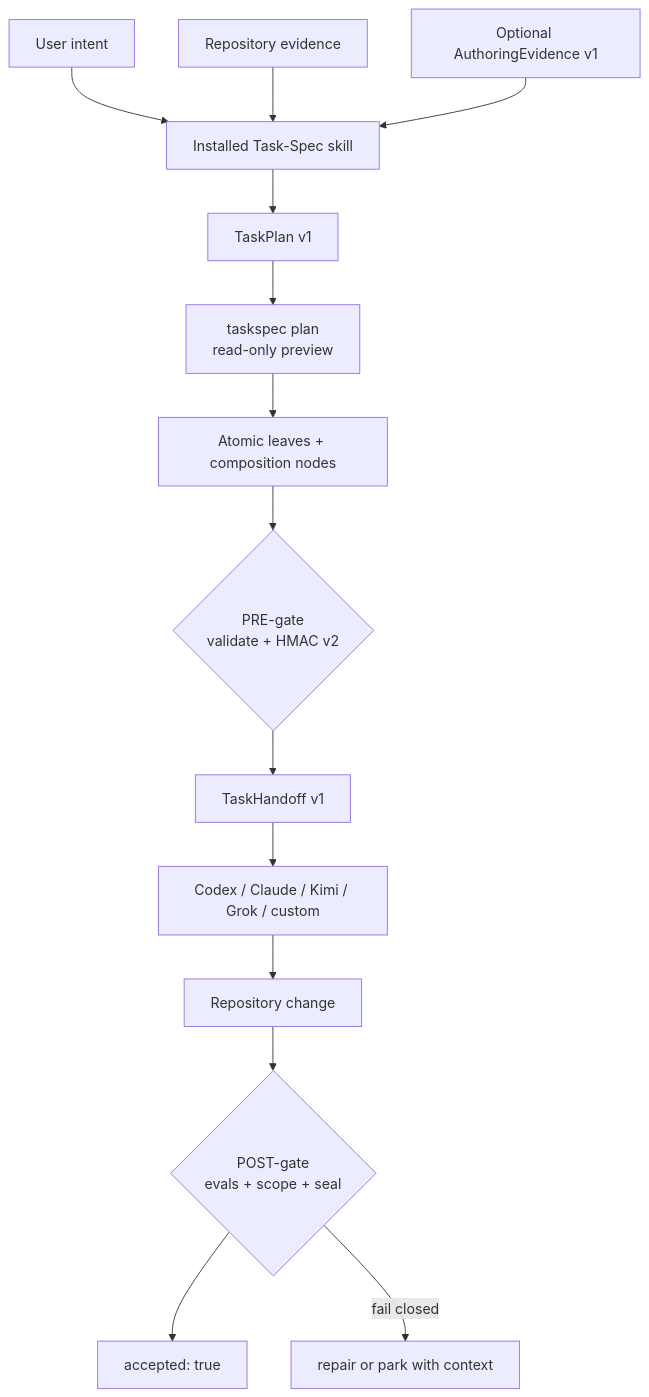
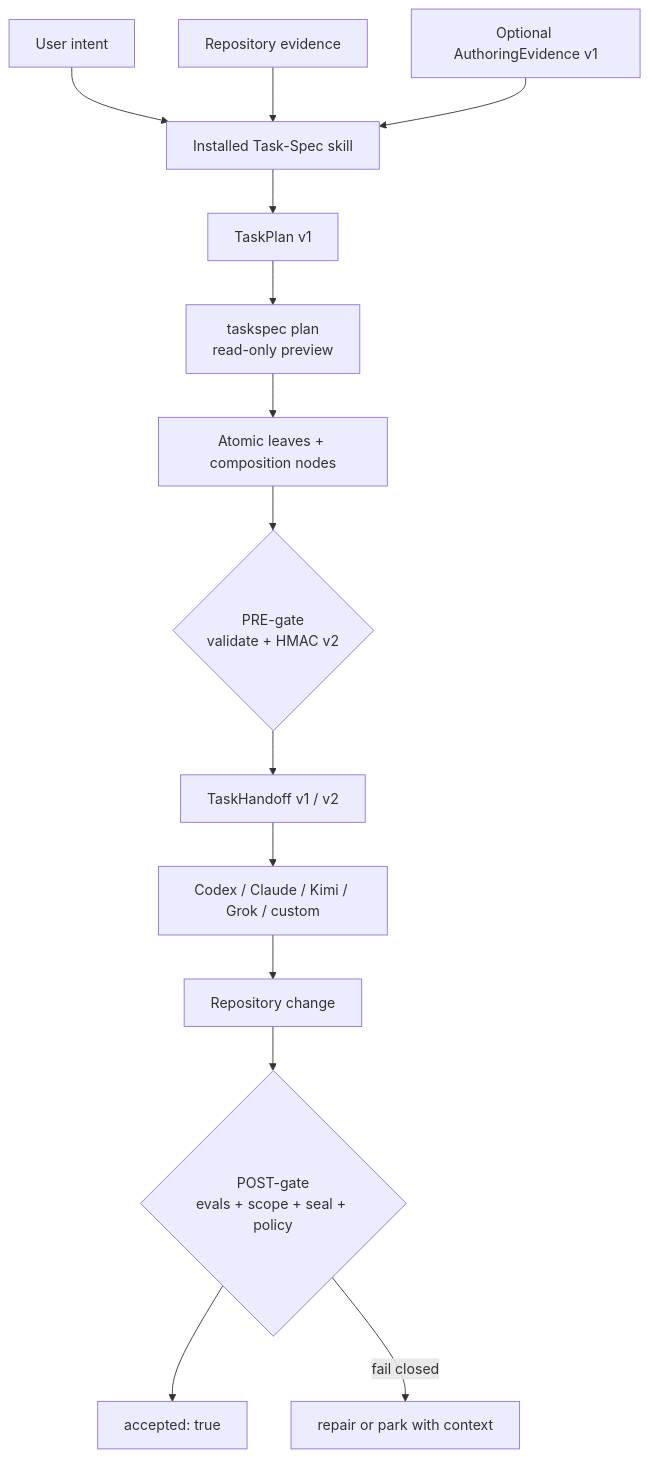
One commit to luanmorenommaciel/task-spec changed the first of 3 diagrams in README.md. Above: the diagram before and after it, drawn with Mermaid. The commit also changed other lines of this file and 71 other files, not shown here.

````diff
--- a/README.md
+++ b/README.md
@@ -224,16 +235,16 @@
 ```mermaid
 flowchart TB
     Intent["User intent"] --> Skill["Installed Task-Spec skill"]
     Repo["Repository evidence"] --> Skill
     Research["Optional AuthoringEvidence v1"] --> Skill
     Skill --> Plan["TaskPlan v1"]
     Plan --> Preview["taskspec plan<br/>read-only preview"]
     Preview --> Specs["Atomic leaves + composition nodes"]
     Specs --> Pre{"PRE-gate<br/>validate + HMAC v2"}
-    Pre --> Handoff["TaskHandoff v1"]
+    Pre --> Handoff["TaskHandoff v1 / v2"]
     Handoff --> Harness["Codex / Claude / Kimi / Grok / custom"]
     Harness --> Change["Repository change"]
-    Change --> Post{"POST-gate<br/>evals + scope + seal"}
+    Change --> Post{"POST-gate<br/>evals + scope + seal + policy"}
     Post --> Accepted["accepted: true"]
     Post -->|fail closed| Repair["repair or park with context"]
 ```
````
